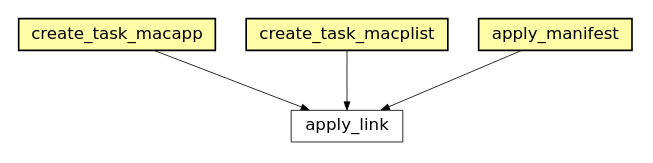
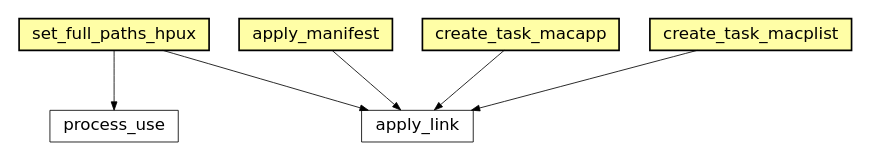
One commit to timb-machine-mirrors/gitlab-org-protocol-fuzzer-ce changed the fourth of 45 diagrams in build/waf/docs/sphinx/featuremap.rst. Above: the diagram before and after it, drawn with Graphviz. The commit also changed other lines of this file and 601 other files, not shown here.

```diff
--- a/build/waf/docs/sphinx/featuremap.rst
+++ b/build/waf/docs/sphinx/featuremap.rst
@@ -127,12 +225,16 @@
 .. graphviz::
 
 	digraph feature_cprogram {
-	size="8.0, 12.0";
-		"create_task_macapp" [style="setlinewidth(0.5)",URL="tools/c_osx.html#waflib.Tools.c_osx.create_task_macapp",fontname="Vera Sans, DejaVu Sans, Liberation Sans, Arial, Helvetica, sans",height=0.25,shape=box,fontsize=10,fillcolor="#fffea6",style=filled];
-	"create_task_macplist" [style="setlinewidth(0.5)",URL="tools/c_osx.html#waflib.Tools.c_osx.create_task_macplist",fontname="Vera Sans, DejaVu Sans, Liberation Sans, Arial, Helvetica, sans",height=0.25,shape=box,fontsize=10,fillcolor="#fffea6",style=filled];
-	"apply_link" [style="setlinewidth(0.5)",URL="tools/ccroot.html#waflib.Tools.ccroot.apply_link",fontname="Vera Sans, DejaVu Sans, Liberation Sans, Arial, Helvetica, sans",height=0.25,shape=box,fontsize=10];
-	"apply_manifest" [style="setlinewidth(0.5)",URL="tools/msvc.html#waflib.Tools.msvc.apply_manifest",fontname="Vera Sans, DejaVu Sans, Liberation Sans, Arial, Helvetica, sans",height=0.25,shape=box,fontsize=10,fillcolor="#fffea6",style=filled];
-	"create_task_macapp" -> "apply_link" [arrowsize=0.5,style="setlinewidth(0.5)"];
-	"create_task_macplist" -> "apply_link" [arrowsize=0.5,style="setlinewidth(0.5)"];
-	"apply_manifest" -> "apply_link" [arrowsize=0.5,style="setlinewidth(0.5)"];
+		size="8.0, 12.0";
+		"process_use" [style="setlinewidth(0.5)",URL="../tools/ccroot.html#waflib.Tools.ccroot.process_use",target="_top",fontname="Vera Sans, DejaVu Sans, Liberation Sans, Arial, Helvetica, sans",height=0.25,shape="rectangle",fontsize=10];
+		"apply_manifest" [style="setlinewidth(0.5)",URL="../tools/msvc.html#waflib.Tools.msvc.apply_manifest",target="_top",fontname="Vera Sans, DejaVu Sans, Liberation Sans, Arial, Helvetica, sans",height=0.25,shape="rectangle",fontsize=10,fillcolor="#fffea6",style=filled];
+		"set_full_paths_hpux" [style="setlinewidth(0.5)",URL="../tools/ccroot.html#waflib.Tools.ccroot.set_full_paths_hpux",target="_top",fontname="Vera Sans, DejaVu Sans, Liberation Sans, Arial, Helvetica, sans",height=0.25,shape="rectangle",fontsize=10,fillcolor="#fffea6",style=filled];
+		"create_task_macapp" [style="setlinewidth(0.5)",URL="../tools/c_osx.html#waflib.Tools.c_osx.create_task_macapp",target="_top",fontname="Vera Sans, DejaVu Sans, Liberation Sans, Arial, Helvetica, sans",height=0.25,shape="rectangle",fontsize=10,fillcolor="#fffea6",style=filled];
+		"apply_link" [style="setlinewidth(0.5)",URL="../tools/ccroot.html#waflib.Tools.ccroot.apply_link",target="_top",fontname="Vera Sans, DejaVu Sans, Liberation Sans, Arial, Helvetica, sans",height=0.25,shape="rectangle",fontsize=10];
+		"create_task_macplist" [style="setlinewidth(0.5)",URL="../tools/c_osx.html#waflib.Tools.c_osx.create_task_macplist",target="_top",fontname="Vera Sans, DejaVu Sans, Liberation Sans, Arial, Helvetica, sans",height=0.25,shape="rectangle",fontsize=10,fillcolor="#fffea6",style=filled];
+		"set_full_paths_hpux" -> "apply_link" [arrowsize=0.5,style="setlinewidth(0.5)"];
+		"set_full_paths_hpux" -> "process_use" [arrowsize=0.5,style="setlinewidth(0.5)"];
+		"create_task_macplist" -> "apply_link" [arrowsize=0.5,style="setlinewidth(0.5)"];
+		"apply_manifest" -> "apply_link" [arrowsize=0.5,style="setlinewidth(0.5)"];
+		"create_task_macapp" -> "apply_link" [arrowsize=0.5,style="setlinewidth(0.5)"];
 	}
```
